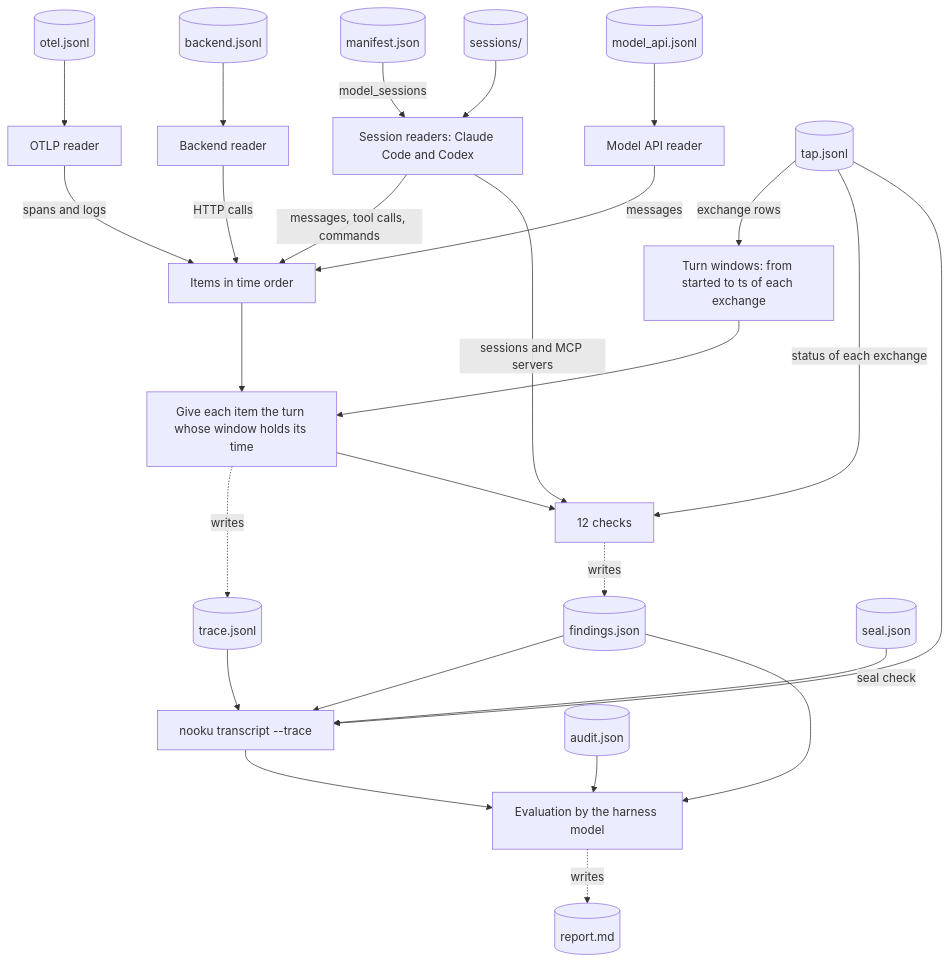
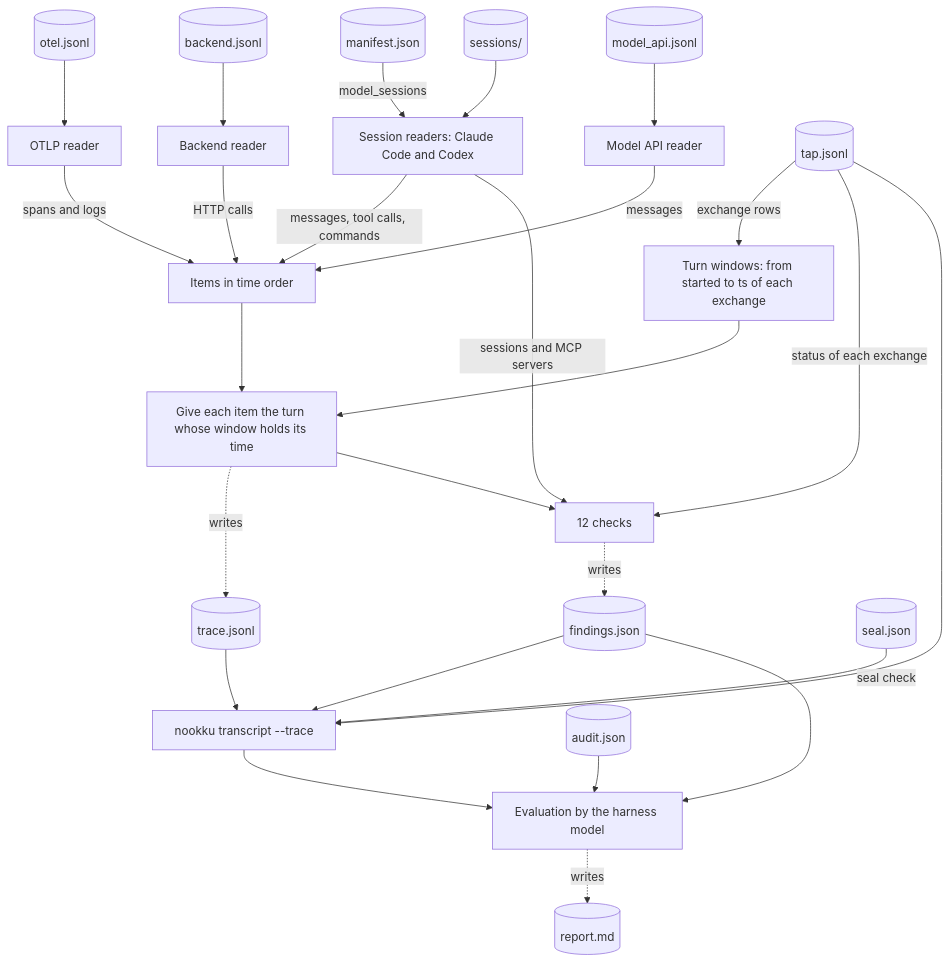
The fourth of 4 diagrams in docs/architecture.md (mohanraj00/nookku), drawn with Mermaid before and after one commit. The commit also changed other lines of this file and 119 other files, not shown here.

First line of the commit message:
Rename Nooku to Nookku (#209)

````diff
--- a/docs/architecture.md
+++ b/docs/architecture.md
@@ -205,28 +205,28 @@
 ```mermaid
 flowchart TB
     manifestrec[(manifest.json)] -->|model_sessions| sreaders[Session readers: Claude Code and Codex]
     sessions[(sessions/)] --> sreaders
     otelrec[(otel.jsonl)] --> oreader[OTLP reader]
     backendrec[(backend.jsonl)] --> breader[Backend reader]
     modelrec[(model_api.jsonl)] --> mreader[Model API reader]
     sreaders -->|messages, tool calls, commands| items[Items in time order]
     oreader -->|spans and logs| items
     breader -->|HTTP calls| items
     mreader -->|messages| items
     taprec[(tap.jsonl)] -->|exchange rows| windows[Turn windows: from started to ts of each exchange]
     items --> assign[Give each item the turn whose window holds its time]
     windows --> assign
     assign -.->|writes| tracerec[(trace.jsonl)]
     assign --> checks[12 checks]
     sreaders -->|sessions and MCP servers| checks
     taprec -->|status of each exchange| checks
     checks -.->|writes| findingsrec[(findings.json)]
-    taprec --> transcript[nooku transcript --trace]
+    taprec --> transcript[nookku transcript --trace]
     tracerec --> transcript
     findingsrec --> transcript
     sealrec[(seal.json)] -->|seal check| transcript
     transcript --> eval[Evaluation by the harness model]
     findingsrec --> eval
     auditrec[(audit.json)] --> eval
     eval -.->|writes| report[(report.md)]
 ```
````
